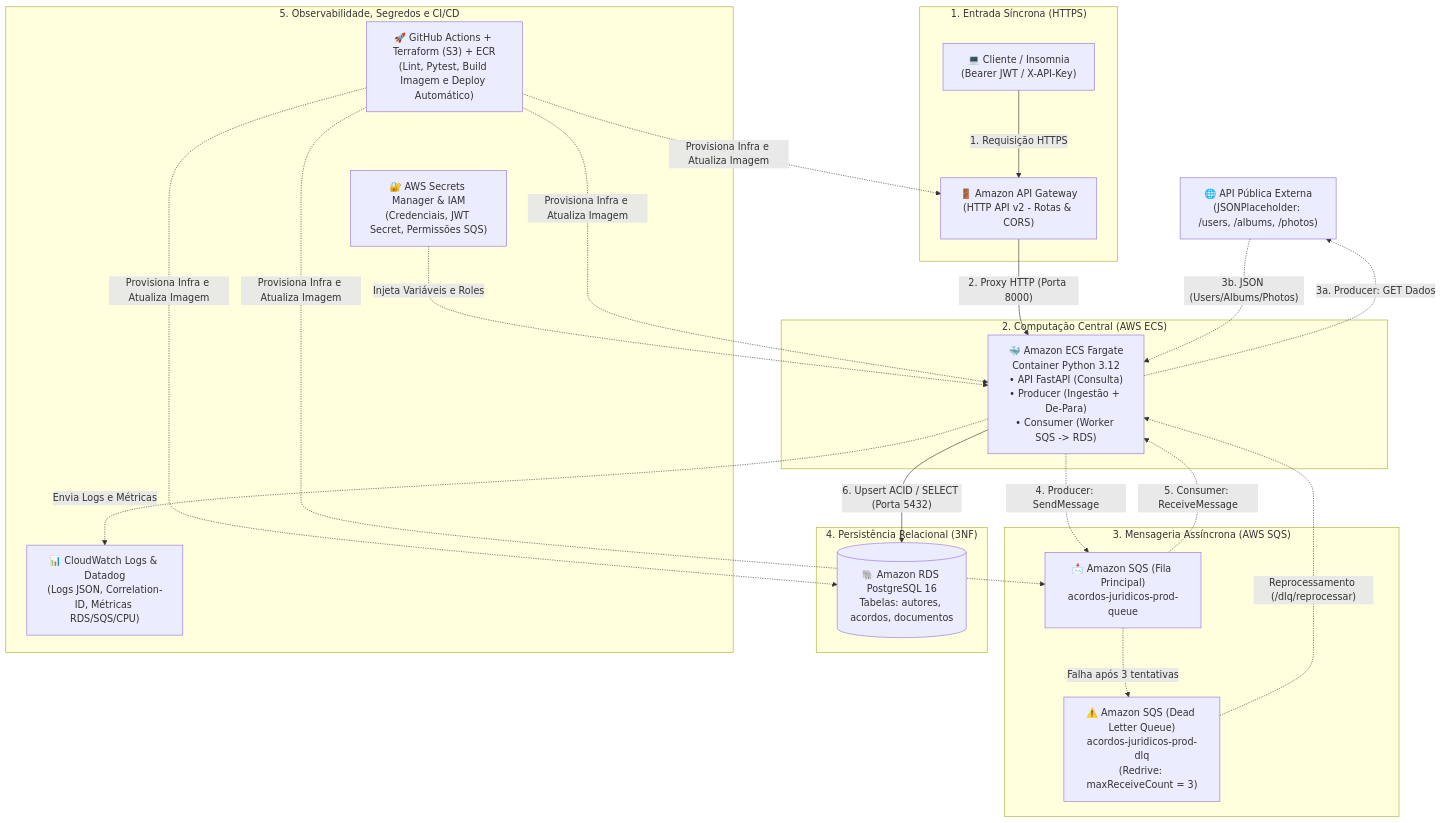
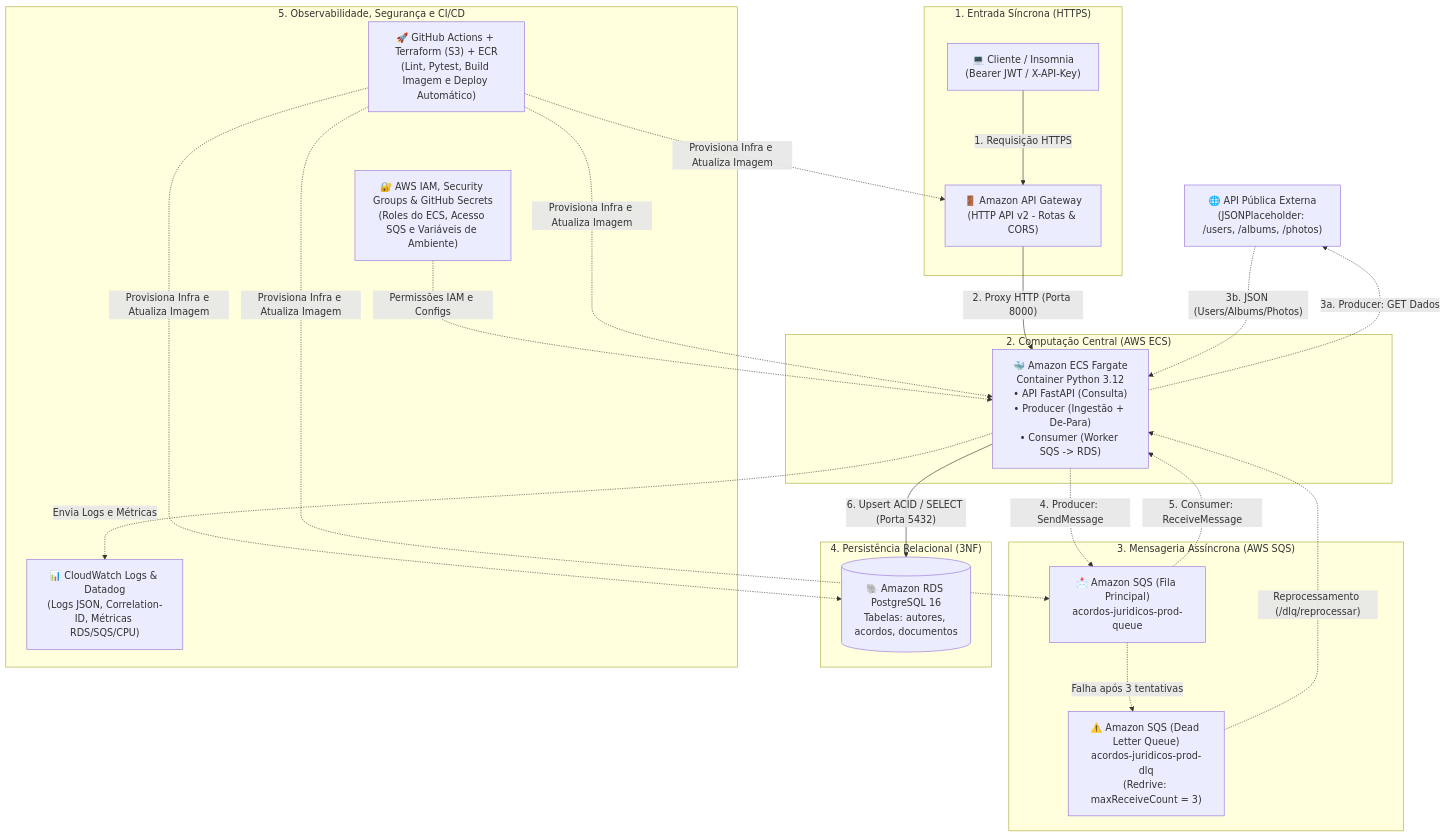
One commit to devWallacePessoa/acordos-juridicos-aws changed the diagram in README.md. Above: the diagram before and after it, drawn with Mermaid.

Commit message:
docs(readme): replace Secrets Manager in diagram with actual AWS IAM, Security Groups, and GitHub Secrets

````diff
--- a/README.md
+++ b/README.md
@@ -11,50 +11,50 @@
 ```mermaid
 flowchart TB
     %% Topo: API Pública Externa
     EXT["🌐 API Pública Externa\n(JSONPlaceholder: /users, /albums, /photos)"]
 
     %% Linha Central: Entrada (Esquerda) -> ECS Fargate (Centro) -> SQS + DLQ (Direita)
     subgraph Entrada["1. Entrada Síncrona (HTTPS)"]
         CLIENT["💻 Cliente / Insomnia\n(Bearer JWT / X-API-Key)"]
         APIGW["🚪 Amazon API Gateway\n(HTTP API v2 - Rotas & CORS)"]
     end
 
     subgraph Computacao["2. Computação Central (AWS ECS)"]
         ECS["🐳 Amazon ECS Fargate\nContainer Python 3.12\n• API FastAPI (Consulta)\n• Producer (Ingestão + De-Para)\n• Consumer (Worker SQS -> RDS)"]
     end
 
     subgraph Mensageria["3. Mensageria Assíncrona (AWS SQS)"]
         SQS["📩 Amazon SQS (Fila Principal)\nacordos-juridicos-prod-queue"]
         DLQ["⚠️ Amazon SQS (Dead Letter Queue)\nacordos-juridicos-prod-dlq\n(Redrive: maxReceiveCount = 3)"]
     end
 
     %% Base: Banco de Dados Relacional
     subgraph Banco["4. Persistência Relacional (3NF)"]
         RDS[("🐘 Amazon RDS PostgreSQL 16\nTabelas: autores, acordos, documentos")]
     end
 
     %% Governança, Observabilidade e CI/CD
-    subgraph Governanca["5. Observabilidade, Segredos e CI/CD"]
+    subgraph Governanca["5. Observabilidade, Segurança e CI/CD"]
         CW_DD["📊 CloudWatch Logs & Datadog\n(Logs JSON, Correlation-ID, Métricas RDS/SQS/CPU)"]
-        SM["🔐 AWS Secrets Manager & IAM\n(Credenciais, JWT Secret, Permissões SQS)"]
+        IAM_SEC["🔐 AWS IAM, Security Groups & GitHub Secrets\n(Roles do ECS, Acesso SQS e Variáveis de Ambiente)"]
         CICD["🚀 GitHub Actions + Terraform (S3) + ECR\n(Lint, Pytest, Build Imagem e Deploy Automático)"]
     end
 
     %% Ligações Síncronas (Setas Contínuas)
     CLIENT -->|"1. Requisição HTTPS"| APIGW
     APIGW -->|"2. Proxy HTTP (Porta 8000)"| ECS
     ECS -->|"6. Upsert ACID / SELECT (Porta 5432)"| RDS
 
     %% Ligações de Carga e Mensageria (Setas Tracejadas como no seu desenho)
     ECS -.->|"3a. Producer: GET Dados"| EXT
     EXT -.->|"3b. JSON (Users/Albums/Photos)"| ECS
     ECS -.->|"4. Producer: SendMessage"| SQS
     SQS -.->|"5. Consumer: ReceiveMessage"| ECS
     SQS -.->|"Falha após 3 tentativas"| DLQ
     DLQ -.->|"Reprocessamento (/dlq/reprocessar)"| ECS
 
     %% Ligações de Governança
     ECS -.->|"Envia Logs e Métricas"| CW_DD
-    SM -.->|"Injeta Variáveis e Roles"| ECS
+    IAM_SEC -.->|"Permissões IAM e Configs"| ECS
     CICD -.->|"Provisiona Infra e Atualiza Imagem"| ECS & APIGW & SQS & RDS
 ```
````
